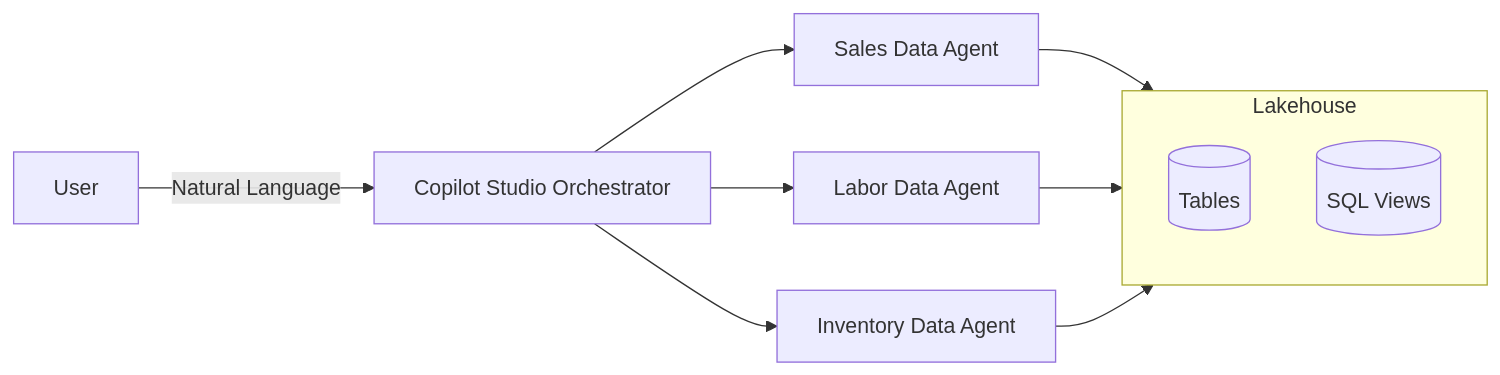
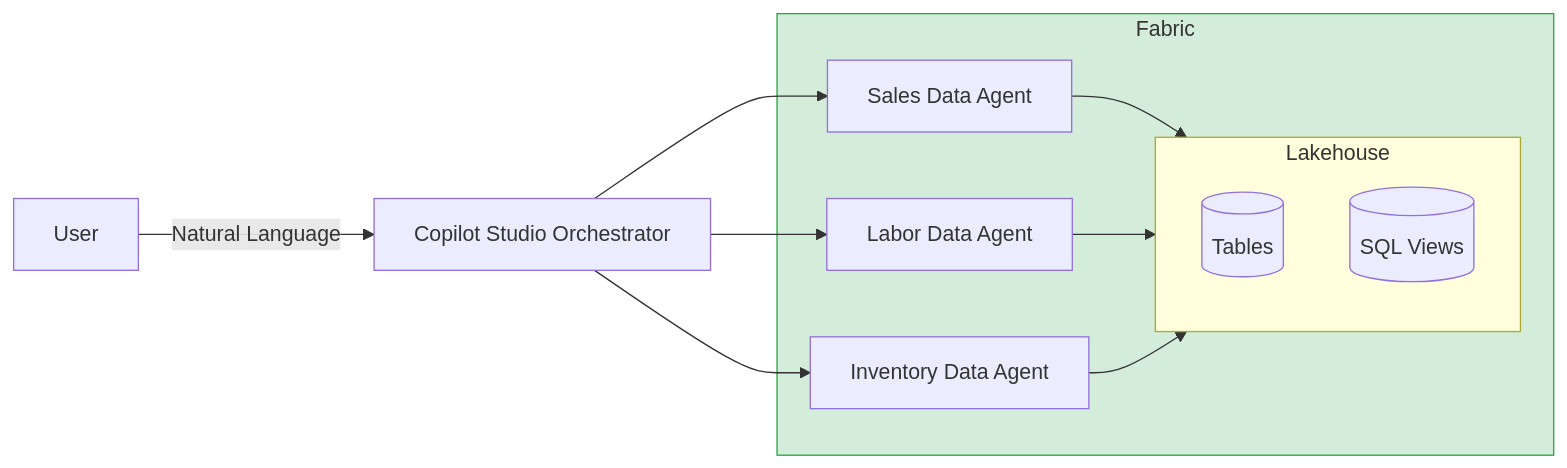
One commit to pooja109/retail-store-intelligence changed the first of 3 diagrams in README.md. Above: the diagram before and after it, drawn with Mermaid. The commit also changed other lines of this file, not shown here.

````diff
--- a/README.md
+++ b/README.md
@@ -19,14 +19,20 @@
 ```mermaid
 graph LR
     User -->|Natural Language| CPS[Copilot Studio Orchestrator]
     CPS --> SA[Sales Data Agent]
     CPS --> LA[Labor Data Agent]
     CPS --> IA[Inventory Data Agent]
     SA --> LH
     LA --> LH
     IA --> LH
-    subgraph LH[Lakehouse]
-        Tables[(Tables)]
-        Views[(SQL Views)]
+    subgraph Fabric
+        SA
+        LA
+        IA
+        subgraph LH[Lakehouse]
+            Tables[(Tables)]
+            Views[(SQL Views)]
+        end
     end
+    style Fabric fill:#d4edda,stroke:#28a745
 ```
````
